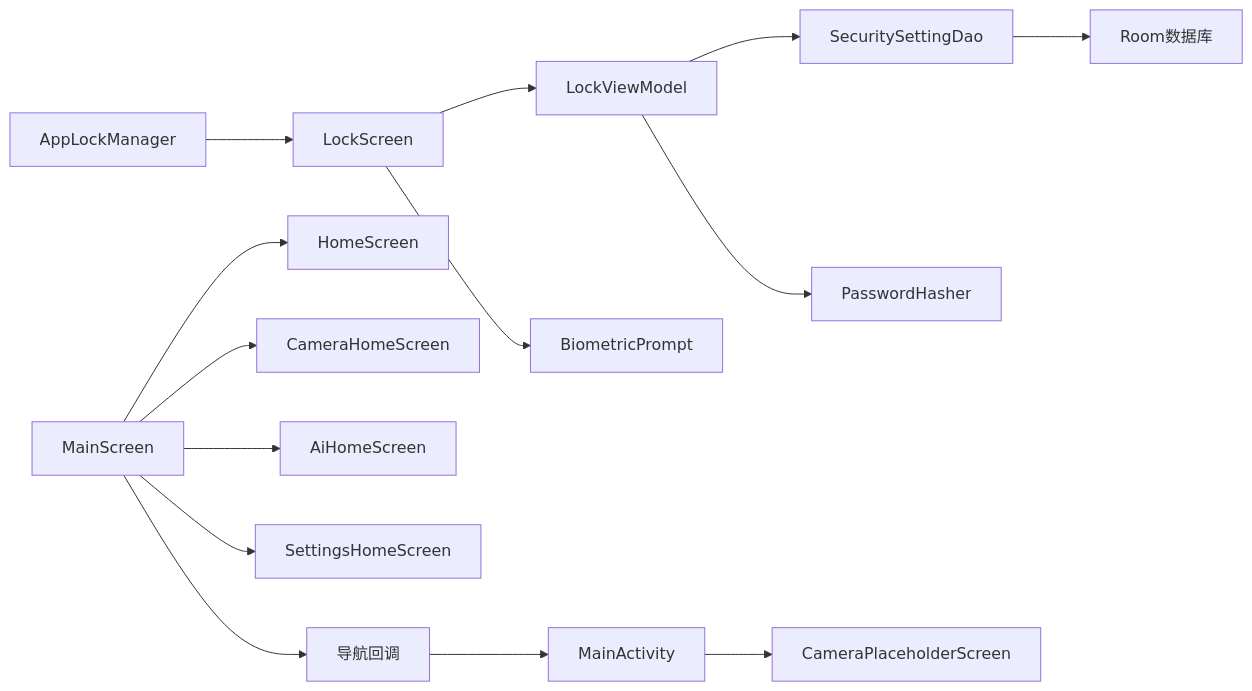
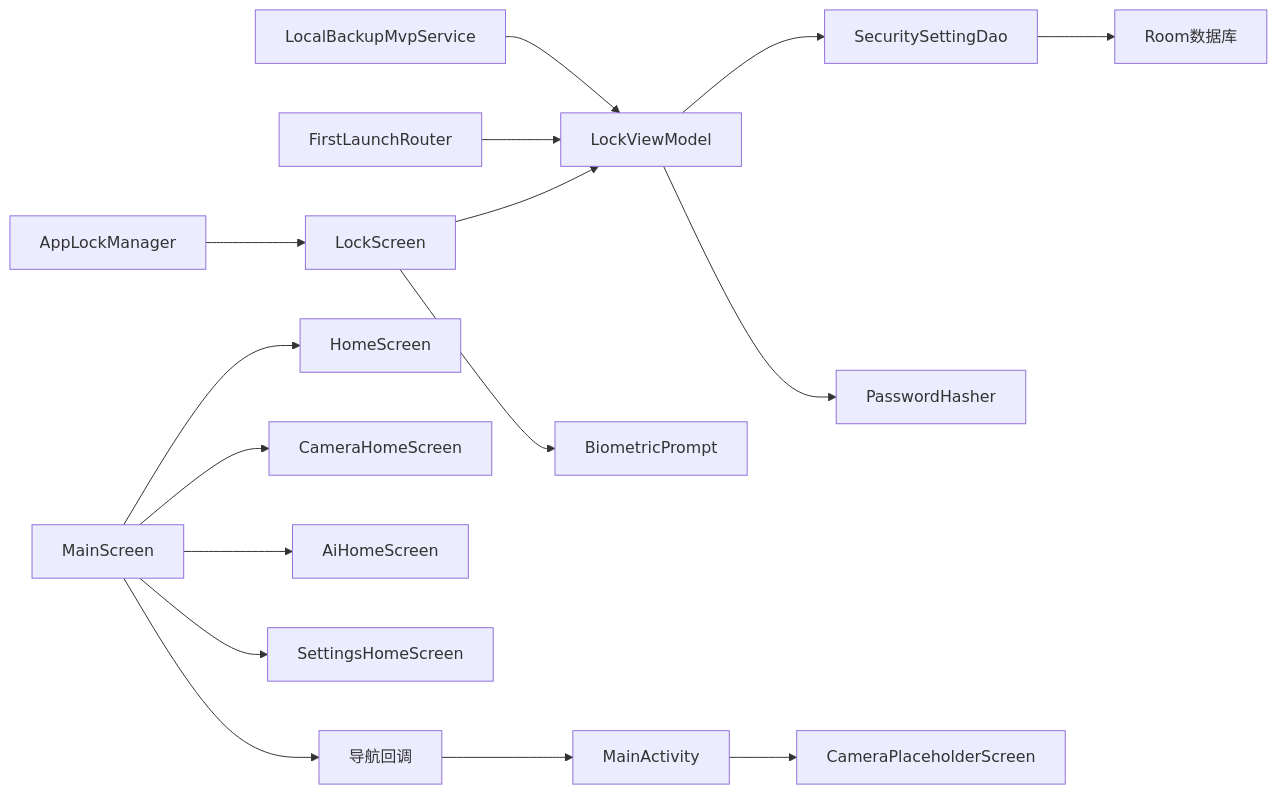
The ninth of 9 diagrams in .qoder/repowiki/zh/content/核心功能模块/安全解锁系统/安全解锁系统.md (wanhongbo/ai-photo-vault), drawn with Mermaid before and after one commit. The commit also changed other lines of this file and 22 other files, not shown here.

````diff
--- a/.qoder/repowiki/zh/content/核心功能模块/安全解锁系统/安全解锁系统.md
+++ b/.qoder/repowiki/zh/content/核心功能模块/安全解锁系统/安全解锁系统.md
@@ -444,16 +545,18 @@
 ```mermaid
 graph LR
 LS["LockScreen"] --> LVM["LockViewModel"]
 LVM --> DAO["SecuritySettingDao"]
 DAO --> DB["Room数据库"]
 LVM --> PH["PasswordHasher"]
 LS --> BIOM["BiometricPrompt"]
 ALM["AppLockManager"] --> LS
+FR["FirstLaunchRouter"] --> LVM
+LBMS["LocalBackupMvpService"] --> LVM
 MS["MainScreen"] --> HS["HomeScreen"]
 MS --> CHS["CameraHomeScreen"]
 MS --> AIS["AiHomeScreen"]
 MS --> SSS["SettingsHomeScreen"]
 MS --> NAV["导航回调"]
 NAV --> ACT["MainActivity"]
 ACT --> CPS["CameraPlaceholderScreen"]
 ```
````
